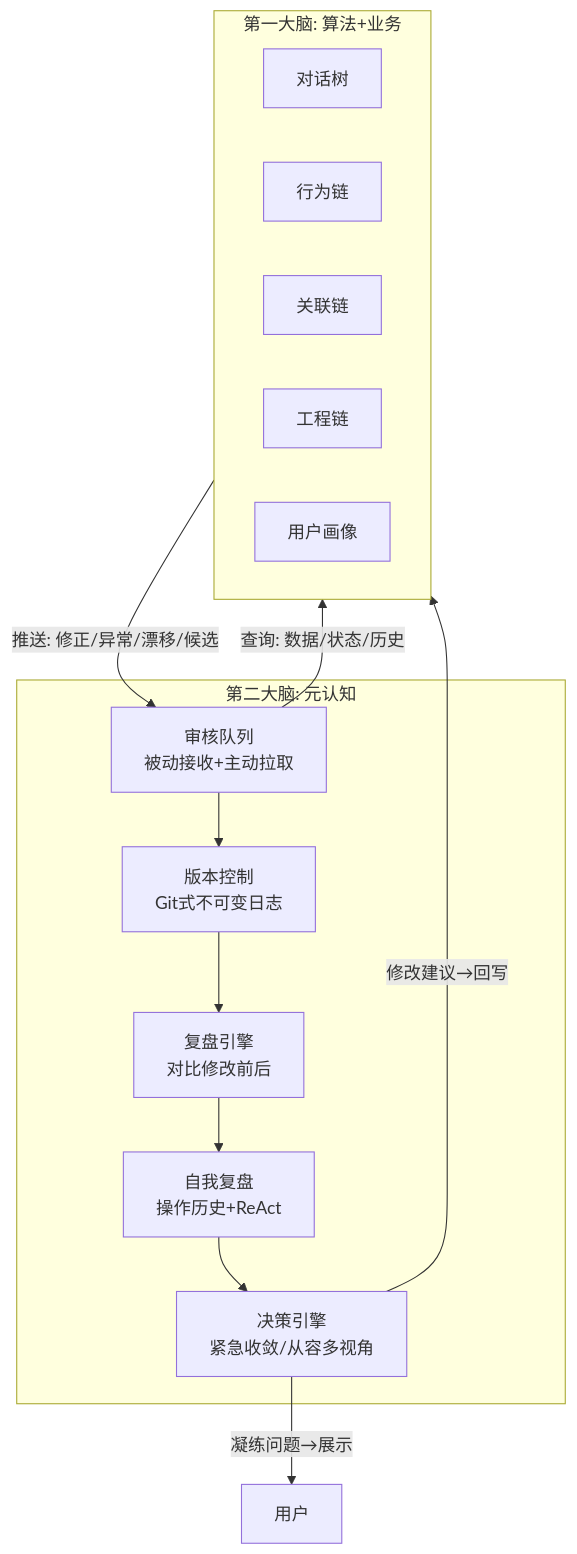
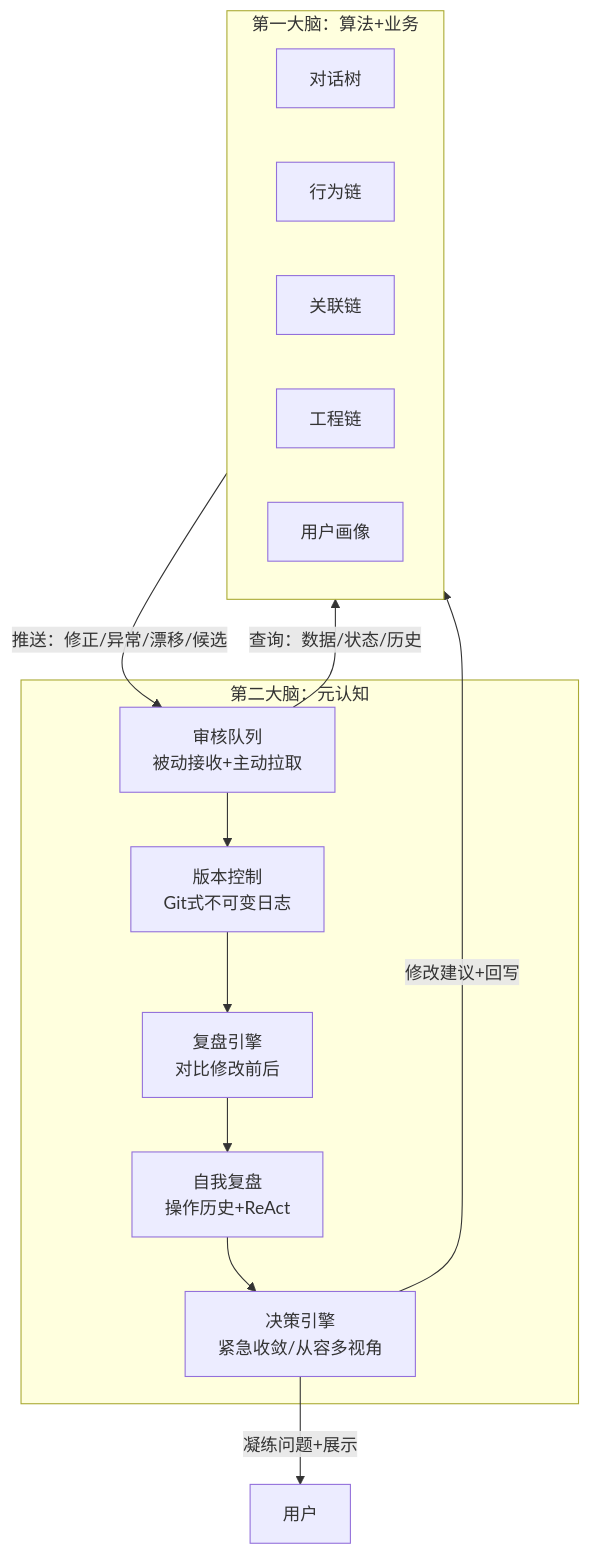
The first of 3 diagrams in docs/BUSINESS_CHAIN_09_METACOGNITION.md (aptshark-g/DialogMesh), drawn with Mermaid before and after one commit. The commit also changed 1 other file, not shown here.

Commit message:
Business chain 10: subgraph — cross-chain fabric, meta-cognition dedicated context, dual-perspective compiler

````diff
--- a/docs/BUSINESS_CHAIN_09_METACOGNITION.md
+++ b/docs/BUSINESS_CHAIN_09_METACOGNITION.md
@@ -13,27 +13,27 @@
 ```mermaid
-graph TD
-    subgraph BRAIN1["第一大脑: 算法+业务"]
+flowchart TD
+    subgraph BRAIN1["第一大脑：算法+业务"]
         DT["对话树"]
         BHV["行为链"]
         ASSOC["关联链"]
         ENG["工程链"]
         PROFILE["用户画像"]
     end
-    
-    subgraph BRAIN2["第二大脑: 元认知"]
+
+    subgraph BRAIN2["第二大脑：元认知"]
         RETRO["复盘引擎<br/>对比修改前后"]
         REVIEW["审核队列<br/>被动接收+主动拉取"]
         SELF["自我复盘<br/>操作历史+ReAct"]
         GIT["版本控制<br/>Git式不可变日志"]
         DECIDE["决策引擎<br/>紧急收敛/从容多视角"]
     end
-    
-    BRAIN1 -->|"推送: 修正/异常/漂移/候选"| REVIEW
-    REVIEW -->|"查询: 数据/状态/历史"| BRAIN1
+
+    BRAIN1 -- "推送：修正/异常/漂移/候选" --> REVIEW
+    REVIEW -- "查询：数据/状态/历史" --> BRAIN1
     REVIEW --> GIT
     GIT --> RETRO
     RETRO --> SELF
     SELF --> DECIDE
-    DECIDE -->|"修改建议→回写"| BRAIN1
-    DECIDE -->|"凝练问题→展示"| USER["用户"]
+    DECIDE -- "修改建议+回写" --> BRAIN1
+    DECIDE -- "凝练问题+展示" --> USER["用户"]
 ```
````
